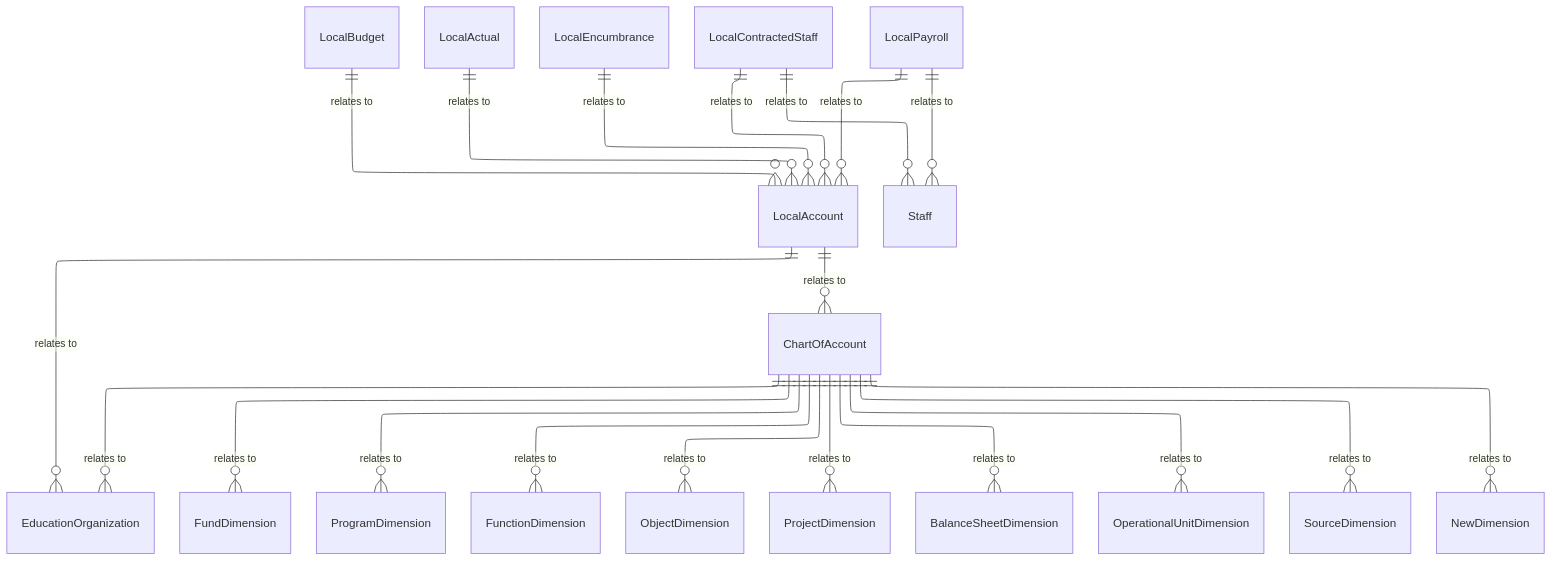
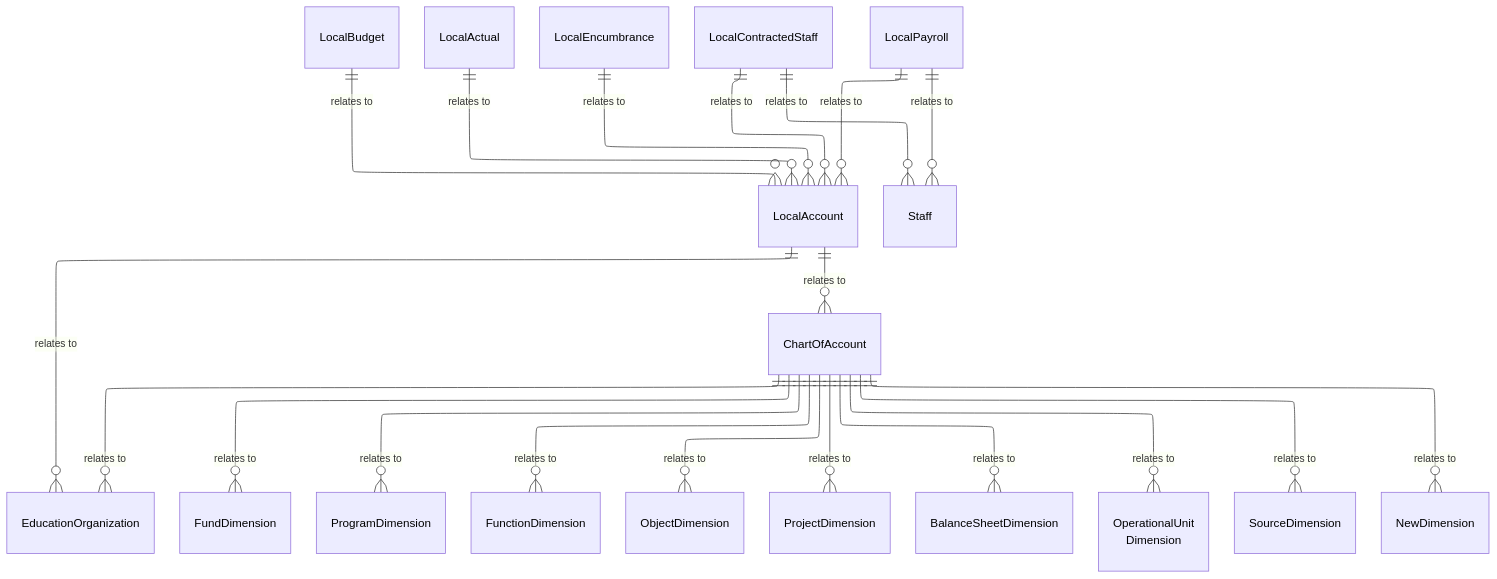
One commit to Ed-Fi-Alliance-OSS/ed-fi-alliance-oss.github.io changed the diagram in dataStandard_versioned_docs/version-6/model-reference/finance-domain/model-diagrams.md. Above: the diagram before and after it, drawn with Mermaid. The commit also changed 24 other files, not shown here.

````diff
--- a/dataStandard_versioned_docs/version-6/model-reference/finance-domain/model-diagrams.md
+++ b/dataStandard_versioned_docs/version-6/model-reference/finance-domain/model-diagrams.md
@@ -11,64 +11,80 @@
 ```mermaid
 ---
-
 config:
   layout: elk
 ---
-
 erDiagram
     EducationOrganization {
     }
     LocalAccount {
     }
     ChartOfAccount {
     }
     LocalBudget {
     }
     LocalActual {
     }
     LocalEncumbrance {
     }
     LocalContractedStaff {
     }
     LocalPayroll {
     }
     FundDimension {
     }
     ProgramDimension {
     }
     FunctionDimension {
     }
     ObjectDimension {
     }
     ProjectDimension {
     }
     BalanceSheetDimension {
     }
-    OperationalUnitDimension {
+    OperationalUnitDimension["OperationalUnit<br/>Dimension"] {
     }
     SourceDimension {
     }
     NewDimension {
     }
     Staff {
     }
     LocalAccount ||--o{ EducationOrganization : "relates to"
     LocalAccount ||--o{ ChartOfAccount : "relates to"
     ChartOfAccount ||--o{ EducationOrganization : "relates to"
     ChartOfAccount ||--o{ FundDimension : "relates to"
     ChartOfAccount ||--o{ ProgramDimension : "relates to"
     ChartOfAccount ||--o{ FunctionDimension : "relates to"
     ChartOfAccount ||--o{ ObjectDimension : "relates to"
     ChartOfAccount ||--o{ ProjectDimension : "relates to"
     ChartOfAccount ||--o{ OperationalUnitDimension : "relates to"
     ChartOfAccount ||--o{ SourceDimension : "relates to"
     ChartOfAccount ||--o{ BalanceSheetDimension : "relates to"
     ChartOfAccount ||--o{ NewDimension : "relates to"
     LocalBudget ||--o{ LocalAccount : "relates to"
     LocalActual ||--o{ LocalAccount : "relates to"
     LocalEncumbrance ||--o{ LocalAccount : "relates to"
     LocalContractedStaff ||--o{ LocalAccount : "relates to"
     LocalContractedStaff ||--o{ Staff : "relates to"
     LocalPayroll ||--o{ LocalAccount : "relates to"
     LocalPayroll ||--o{ Staff : "relates to"
+    style EducationOrganization color:#000000
+    style LocalAccount color:#000000
+    style ChartOfAccount color:#000000
+    style LocalBudget color:#000000
+    style LocalActual color:#000000
+    style LocalEncumbrance color:#000000
+    style LocalContractedStaff color:#000000
+    style LocalPayroll color:#000000
+    style FundDimension color:#000000
+    style ProgramDimension color:#000000
+    style FunctionDimension color:#000000
+    style ObjectDimension color:#000000
+    style ProjectDimension color:#000000
+    style BalanceSheetDimension color:#000000
+    style OperationalUnitDimension color:#000000
+    style SourceDimension color:#000000
+    style NewDimension color:#000000
+    style Staff color:#000000
 ```
````
